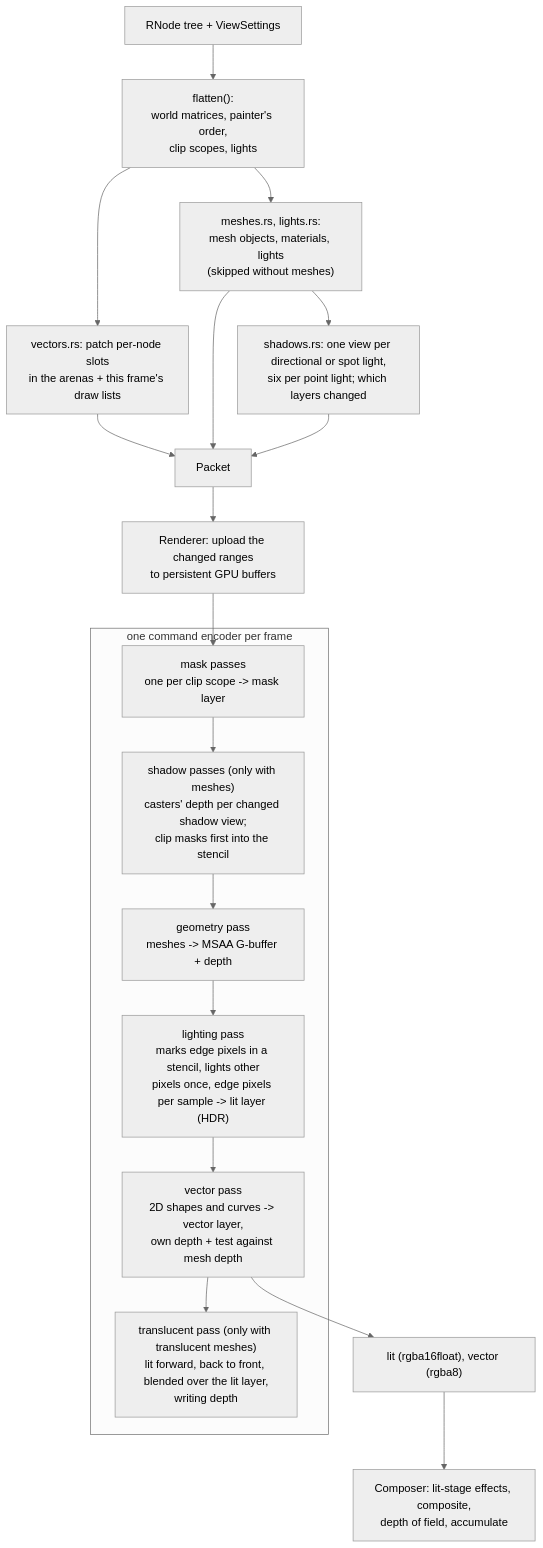
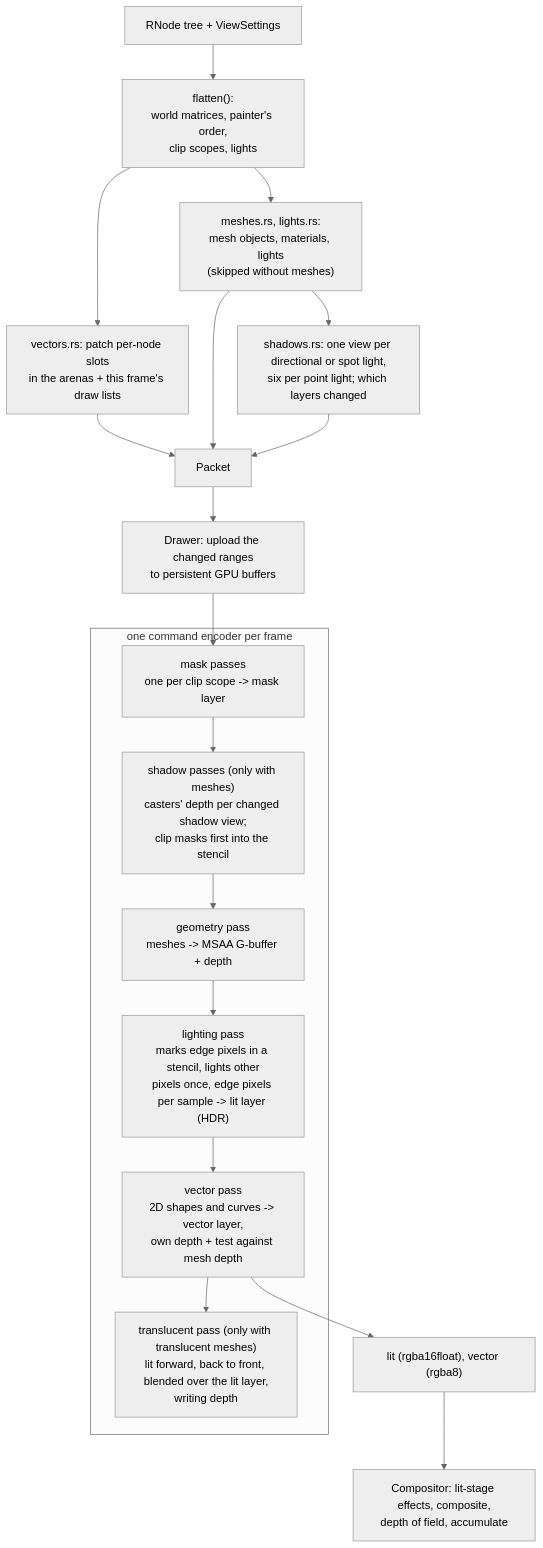
Before and after one commit to MrDiver/manim: the second of 5 diagrams in manimx/manimx/renderer/README.md, drawn with Mermaid (neutral theme). The commit also changed other lines of this file and 7 other files, not shown here.

````diff
--- a/manimx/manimx/renderer/README.md
+++ b/manimx/manimx/renderer/README.md
@@ -295,22 +295,22 @@
 ```mermaid
 flowchart TD
     A["RNode tree + ViewSettings"] --> B["flatten():<br/>world matrices, painter's order,<br/>clip scopes, lights"]
     B --> C["vectors.rs: patch per-node slots<br/>in the arenas + this frame's draw lists"]
     B --> D["meshes.rs, lights.rs:<br/>mesh objects, materials, lights<br/>(skipped without meshes)"]
     D --> E["shadows.rs: one view per directional or spot light,<br/>six per point light; which layers changed"]
     C & D & E --> K["Packet"]
-    K --> F["Renderer: upload the changed ranges<br/>to persistent GPU buffers"]
+    K --> F["Drawer: upload the changed ranges<br/>to persistent GPU buffers"]
     F --> P1
 
     subgraph GPU["one command encoder per frame"]
         P1["mask passes<br/>one per clip scope -> mask layer"] --> P2
         P2["shadow passes (only with meshes)<br/>casters' depth per changed shadow view;<br/>clip masks first into the stencil"] --> P3
         P3["geometry pass<br/>meshes -> MSAA G-buffer + depth"] --> P4
         P4["lighting pass<br/>marks edge pixels in a stencil, lights other<br/>pixels once, edge pixels per sample -> lit layer (HDR)"] --> P5
         P5["vector pass<br/>2D shapes and curves -> vector layer,<br/>own depth + test against mesh depth"] --> P6
         P6["translucent pass (only with translucent meshes)<br/>lit forward, back to front, blended over the lit layer,<br/>writing depth"]
     end
 
     P5 --> L["lit (rgba16float), vector (rgba8)"]
-    L --> Comp["Composer: lit-stage effects, composite,<br/>depth of field, accumulate"]
+    L --> Comp["Compositor: lit-stage effects, composite,<br/>depth of field, accumulate"]
 ```
````
